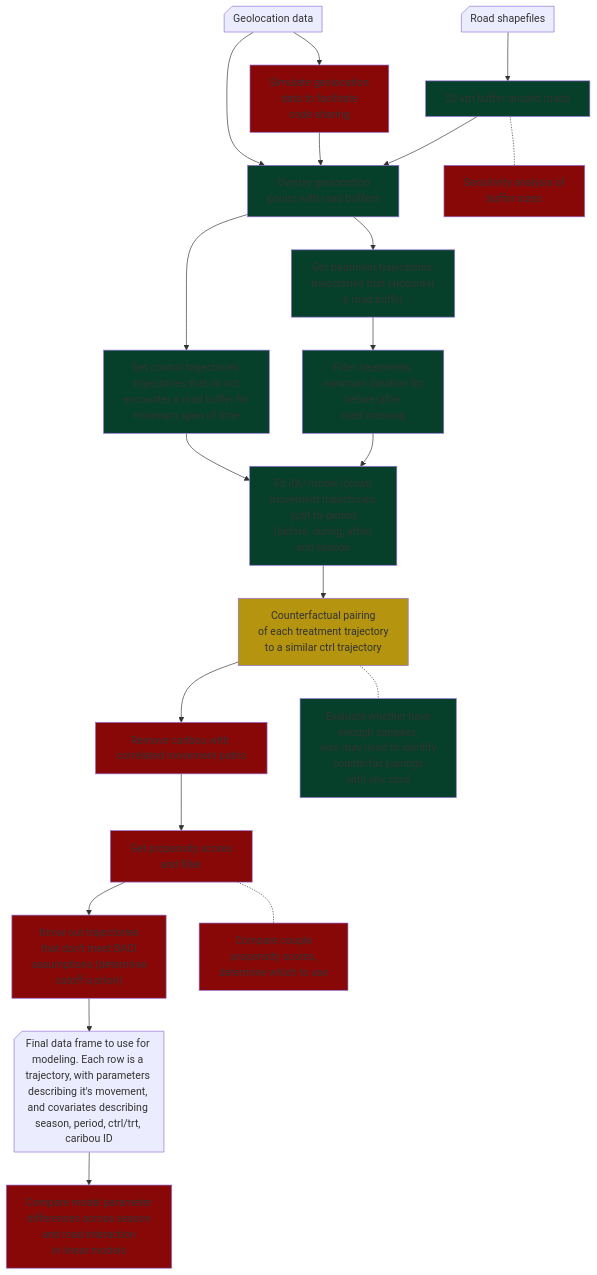
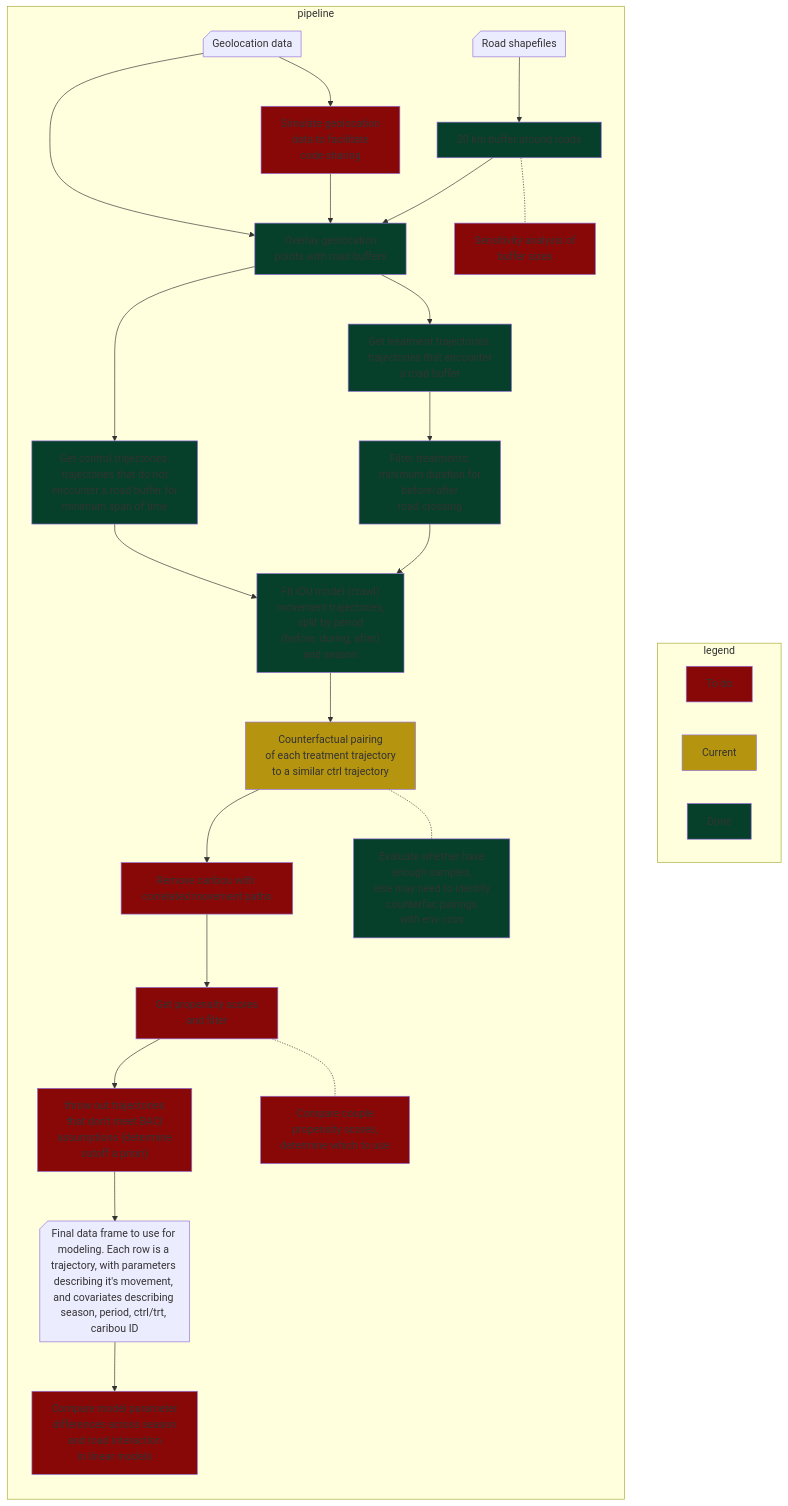
The diagram in Documents/mvBACIpipeline.mmd (kchalkowski/MvBACI), drawn with Mermaid before and after one commit. The commit also changed 3 other files, not shown here.

Commit message:
updating pipeline with subgraph legend and updating readme with more text

```diff
--- a/Documents/mvBACIpipeline.mmd
+++ b/Documents/mvBACIpipeline.mmd
@@ -1,54 +1,65 @@
 ---
 config:
   flowchart:
     htmlLabels: false
 ---
 
+
 flowchart TB
+subgraph legend
+	direction LR
+    todo["`To do`"]:::todo
+    current["`Current`"]:::current
+    done["`Done`"]:::done
+	end
+	subgraph pipeline
+	direction TB
 		geolocdat["`Geolocation data`"]
 		roaddat["`Road shapefiles`"]
 		roadbuff["`20 km buffer around roads`"]
 		overlay["`Overlay geolocation <br> points with road buffers`"]
 		procdata["`Get treatment trajectories: <br> trajectories that encounter <br> a road buffer`"]
 		procdatact["`Get control trajectories: <br> trajectories that do not <br> encounter a road buffer for <br> minimum span of time`"]
 		filterdata["`Filter treatments: <br> minimum duration for <br> before/after <br> road crossing`"]
     OUmod["`Fit iOU model (crawl) <br> movement trajectories, <br> split by period <br> (before, during, after) <br> and season`"]
     counterfac["`Counterfactual pairing <br> of each treatment trajectory <br> to a similar ctrl trajectory`"]
     countfacdist["`Get propensity scores <br>and filter`"]
     BACIfilter["`throw out trajectories <br> that don't meet BACI <br> assumptions (determine <br> cutoff a priori)`"]
     Linearmodels["`Compare model parameter <br> differences across season <br> and road interaction <br> in linear models`"]
 		buffersens["`Sensitivity analysis of <br> buffer sizes`"]
 		countfacsample["`Evaluate whether have <br>enough samples,<br> else may need to identify<br> counterfac pairings <br>with env covs`"]		
     propscore["`Compare couple<br> propensity scores,<br> determine which to use`"]
     simdata["`Simulate geolocation <br> data to facilitate <br>code sharing`"]
     corrfilter["`Remove caribou with correlated movement paths`"]
     analys["`Final data frame to use for modeling. Each row is a trajectory, with parameters describing it's movement, and covariates describing season, period, ctrl/trt, caribou ID`"]
     
     geolocdat@{ shape: notch-rect }
     roaddat@{ shape: notch-rect }
     analys@{ shape: notch-rect }
     
     roadbuff-.-buffersens:::todo
     counterfac-.-countfacsample:::done
     countfacdist-.-propscore:::todo
     
     geolocdat--> simdata:::todo
     simdata --> overlay    
     roaddat --> roadbuff:::done
 		roadbuff --> overlay:::done
 		geolocdat --> overlay
     overlay --> procdata:::done
     overlay --> procdatact:::done
     procdata --> filterdata:::done
     filterdata --> OUmod:::done
     procdatact --> OUmod
     OUmod --> counterfac:::current
     counterfac --> corrfilter:::todo
     corrfilter --> countfacdist:::todo
     countfacdist --> BACIfilter:::todo
     BACIfilter --> analys
     analys --> Linearmodels:::todo
     
+    end
+    
     classDef todo fill:#880808
     classDef current fill:#B59410
     classDef done fill:#06402B
```
